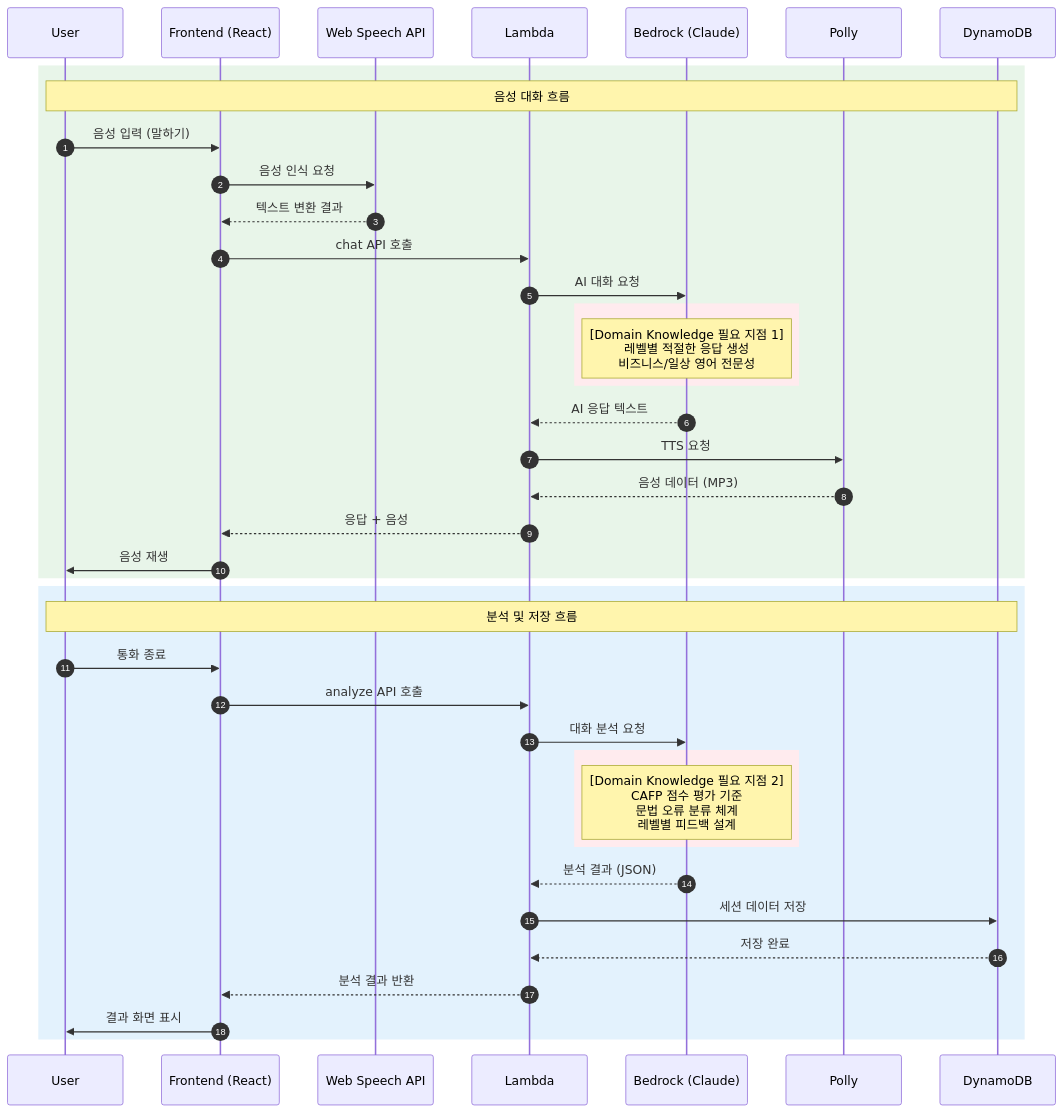
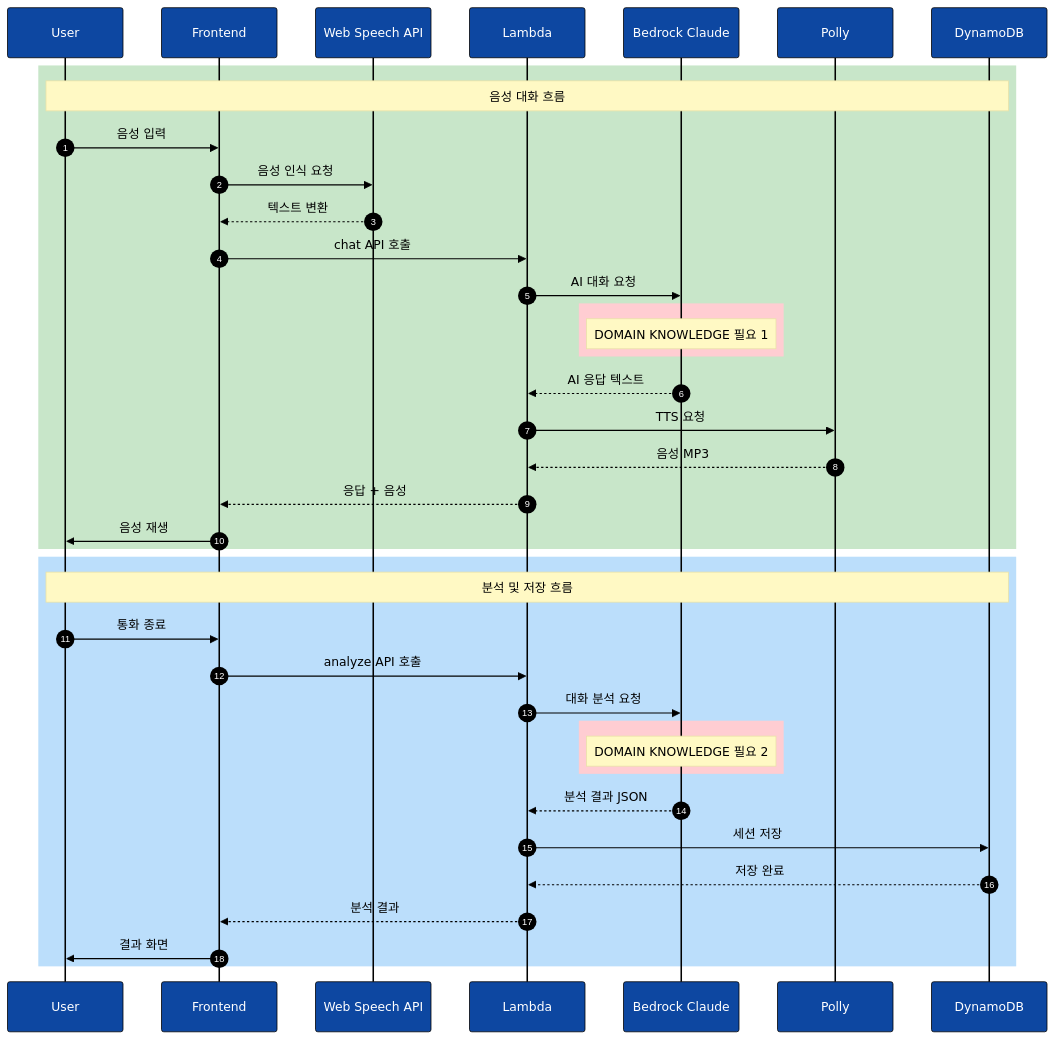
One commit to 1282saa/ringringv2 changed the second of 7 diagrams in docs/DIAGRAMS.md. Above: the diagram before and after it, drawn with Mermaid. The commit also changed other lines of this file, not shown here.

Commit message:
docs: 시퀀스 다이어그램 가독성 개선
- Mermaid 테마 설정으로 actor 색상 대비 강화
- 텍스트 간소화
- Domain Knowledge 상세 내용 테이블로 분리

````diff
--- a/docs/DIAGRAMS.md
+++ b/docs/DIAGRAMS.md
@@ -76,47 +76,48 @@
 ```mermaid
+%%{init: {'theme': 'base', 'themeVariables': { 'primaryColor': '#1a237e', 'primaryTextColor': '#ffffff', 'primaryBorderColor': '#000000', 'lineColor': '#000000', 'secondaryColor': '#004d40', 'tertiaryColor': '#b71c1c', 'noteBkgColor': '#fff9c4', 'noteTextColor': '#000000', 'actorBkg': '#0d47a1', 'actorTextColor': '#ffffff', 'actorBorder': '#000000', 'signalColor': '#000000', 'signalTextColor': '#000000'}}}%%
 sequenceDiagram
     autonumber
     participant U as User
-    participant F as Frontend (React)
+    participant F as Frontend
     participant W as Web Speech API
     participant L as Lambda
-    participant B as Bedrock (Claude)
+    participant B as Bedrock Claude
     participant P as Polly
     participant D as DynamoDB
 
-    rect rgb(232, 245, 233)
+    rect rgb(200, 230, 201)
         Note over U,D: 음성 대화 흐름
-        U->>F: 음성 입력 (말하기)
+        U->>F: 음성 입력
         F->>W: 음성 인식 요청
-        W-->>F: 텍스트 변환 결과
+        W-->>F: 텍스트 변환
         F->>L: chat API 호출
         L->>B: AI 대화 요청
 
-        rect rgb(255, 235, 238)
-            Note over B: [Domain Knowledge 필요 지점 1]<br/>레벨별 적절한 응답 생성<br/>비즈니스/일상 영어 전문성
+        rect rgb(255, 205, 210)
+            Note over B: DOMAIN KNOWLEDGE 필요 1
         end
 
         B-->>L: AI 응답 텍스트
         L->>P: TTS 요청
-        P-->>L: 음성 데이터 (MP3)
+        P-->>L: 음성 MP3
         L-->>F: 응답 + 음성
         F->>U: 음성 재생
     end
 
-    rect rgb(227, 242, 253)
+    rect rgb(187, 222, 251)
         Note over U,D: 분석 및 저장 흐름
         U->>F: 통화 종료
         F->>L: analyze API 호출
         L->>B: 대화 분석 요청
 
-        rect rgb(255, 235, 238)
-            Note over B: [Domain Knowledge 필요 지점 2]<br/>CAFP 점수 평가 기준<br/>문법 오류 분류 체계<br/>레벨별 피드백 설계
+        rect rgb(255, 205, 210)
+            Note over B: DOMAIN KNOWLEDGE 필요 2
         end
 
-        B-->>L: 분석 결과 (JSON)
-        L->>D: 세션 데이터 저장
+        B-->>L: 분석 결과 JSON
+        L->>D: 세션 저장
         D-->>L: 저장 완료
-        L-->>F: 분석 결과 반환
-        F->>U: 결과 화면 표시
+        L-->>F: 분석 결과
+        F->>U: 결과 화면
     end
 ```
````
